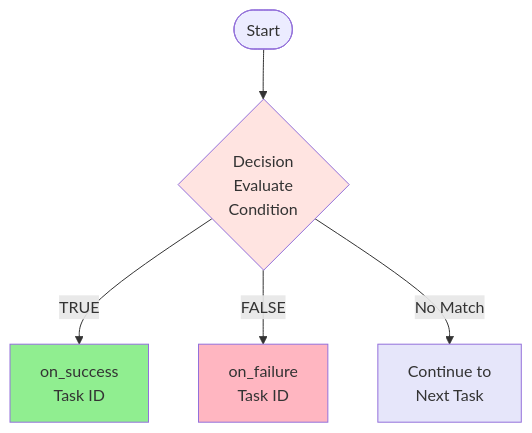
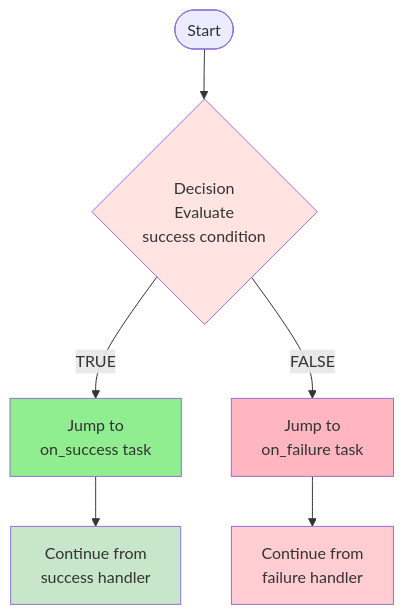
One commit to bastelbude1/Tasker changed the seventh of 20 diagrams in TaskER_FlowChart.md. Above: the diagram before and after it, drawn with Mermaid. The commit also changed other lines of this file and 17 other files, not shown here.

````diff
--- a/TaskER_FlowChart.md
+++ b/TaskER_FlowChart.md
@@ -248,16 +340,19 @@
 ```mermaid
 graph TB
-    %% Decision Block
-    Start([Start]) --> D{Decision<br/>Evaluate<br/>Condition}
+    %% Decision Block with explicit routing
+    Start([Start]) --> D{Decision<br/>Evaluate<br/>success condition}
 
-    %% Routing paths
-    D -->|TRUE| OS[on_success<br/>Task ID]
-    D -->|FALSE| OF[on_failure<br/>Task ID]
-    D -->|No Match| Next[Continue to<br/>Next Task]
+    %% Explicit routing paths
+    D -->|TRUE| OS[Jump to<br/>on_success task]
+    D -->|FALSE| OF[Jump to<br/>on_failure task]
+
+    OS --> Success[Continue from<br/>success handler]
+    OF --> Failure[Continue from<br/>failure handler]
 
     %% Style
     style D fill:#FFE4E1
     style OS fill:#90EE90
     style OF fill:#FFB6C1
-    style Next fill:#E6E6FA
+    style Success fill:#C8E6C9
+    style Failure fill:#FFCDD2
 ```
````
